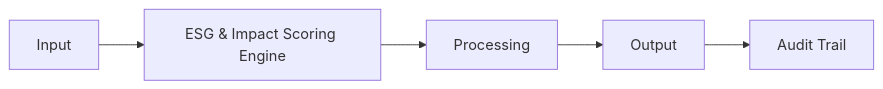
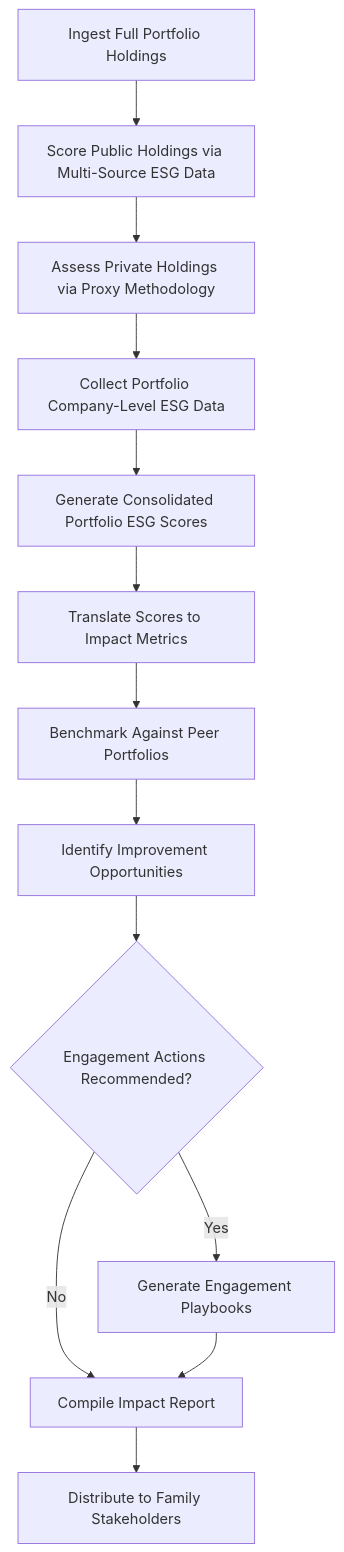
The diagram in docs/audiences/06-family-offices/esg-impact-scoring-engine.mdx (andrew-leo-2024/marketplace-docs), drawn with Mermaid before and after one commit. The commit also changed other lines of this file and 401 other files, not shown here.

````diff
--- a/docs/audiences/06-family-offices/esg-impact-scoring-engine.mdx
+++ b/docs/audiences/06-family-offices/esg-impact-scoring-engine.mdx
@@ -29,7 +35,15 @@
 ```mermaid
-graph LR
-    A[Input] --> B[ESG & Impact Scoring Engine]
-    B --> C[Processing]
-    C --> D[Output]
-    D --> E[Audit Trail]
+graph TD
+    A[Ingest Full Portfolio Holdings] --> B[Score Public Holdings via Multi-Source ESG Data]
+    B --> C[Assess Private Holdings via Proxy Methodology]
+    C --> D[Collect Portfolio Company-Level ESG Data]
+    D --> E[Generate Consolidated Portfolio ESG Scores]
+    E --> F[Translate Scores to Impact Metrics]
+    F --> G[Benchmark Against Peer Portfolios]
+    G --> H[Identify Improvement Opportunities]
+    H --> I{Engagement Actions Recommended?}
+    I -->|Yes| J[Generate Engagement Playbooks]
+    I -->|No| K[Compile Impact Report]
+    J --> K
+    K --> L[Distribute to Family Stakeholders]
 ```
````
